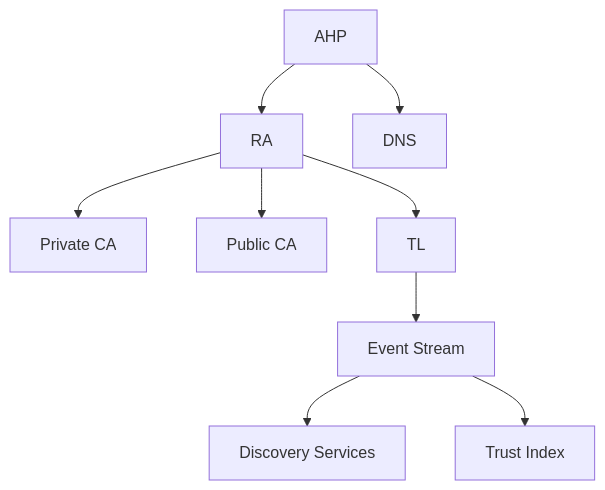
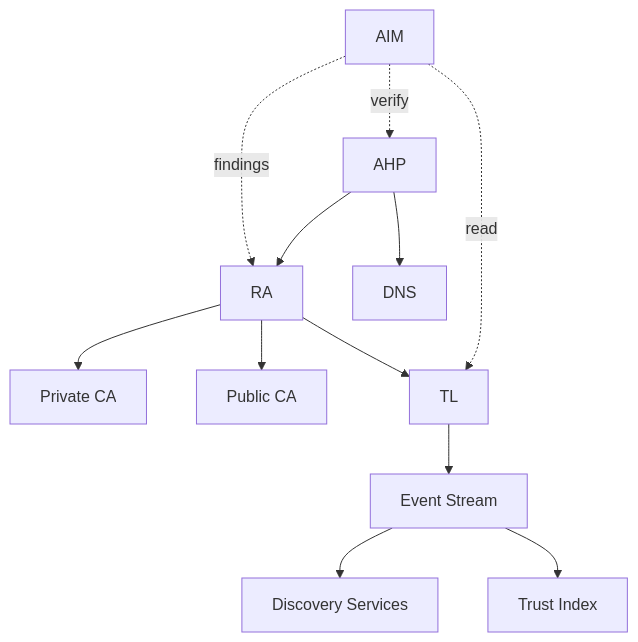
One commit to agentnameservice/ans-registry changed the first of 5 diagrams in DESIGN.md. Above: the diagram before and after it, drawn with Mermaid. The commit also changed other lines of this file and 1 other file, not shown here.

````diff
--- a/DESIGN.md
+++ b/DESIGN.md
@@ -185,11 +193,14 @@
 ```mermaid
 graph TD
     AHP["AHP"] --> RA["RA"]
     AHP --> DNS["DNS"]
     RA --> PriCA["Private CA"]
     RA --> PubCA["Public CA"]
     RA --> TL["TL"]
     TL --> ES["Event Stream"]
     ES --> Disc["Discovery Services"]
     ES --> TI["Trust Index"]
+    AIM["AIM"] -.->|"findings"| RA
+    AIM -.->|"verify"| AHP
+    AIM -.->|"read"| TL
 ```
````
